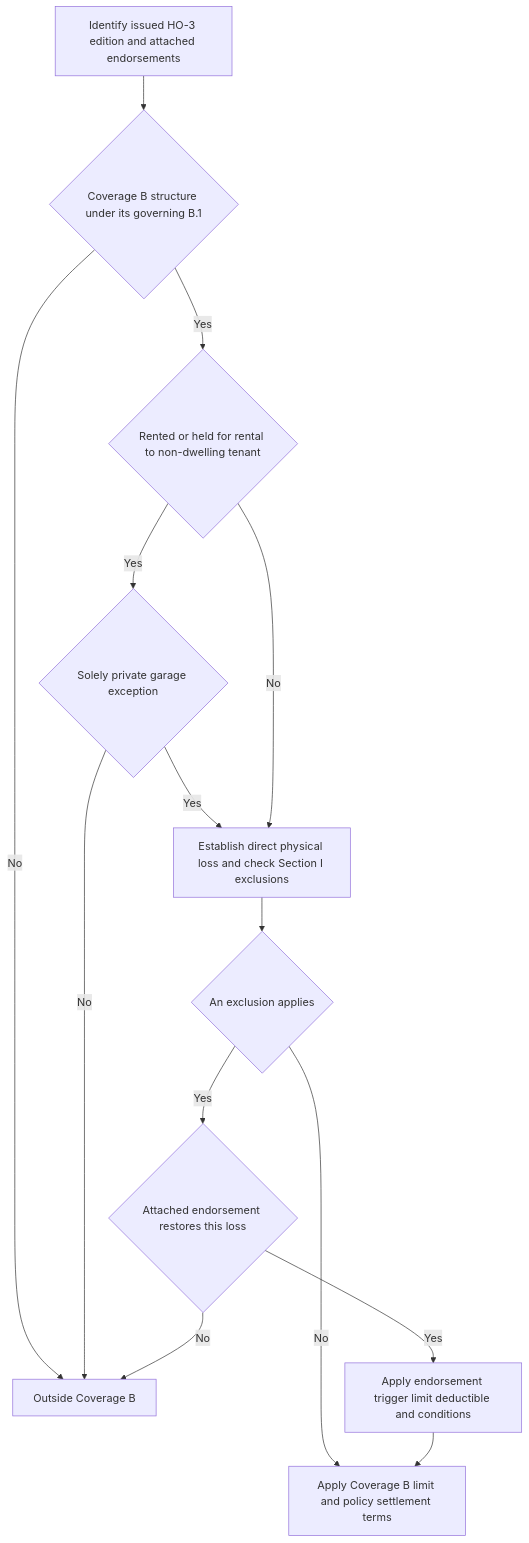
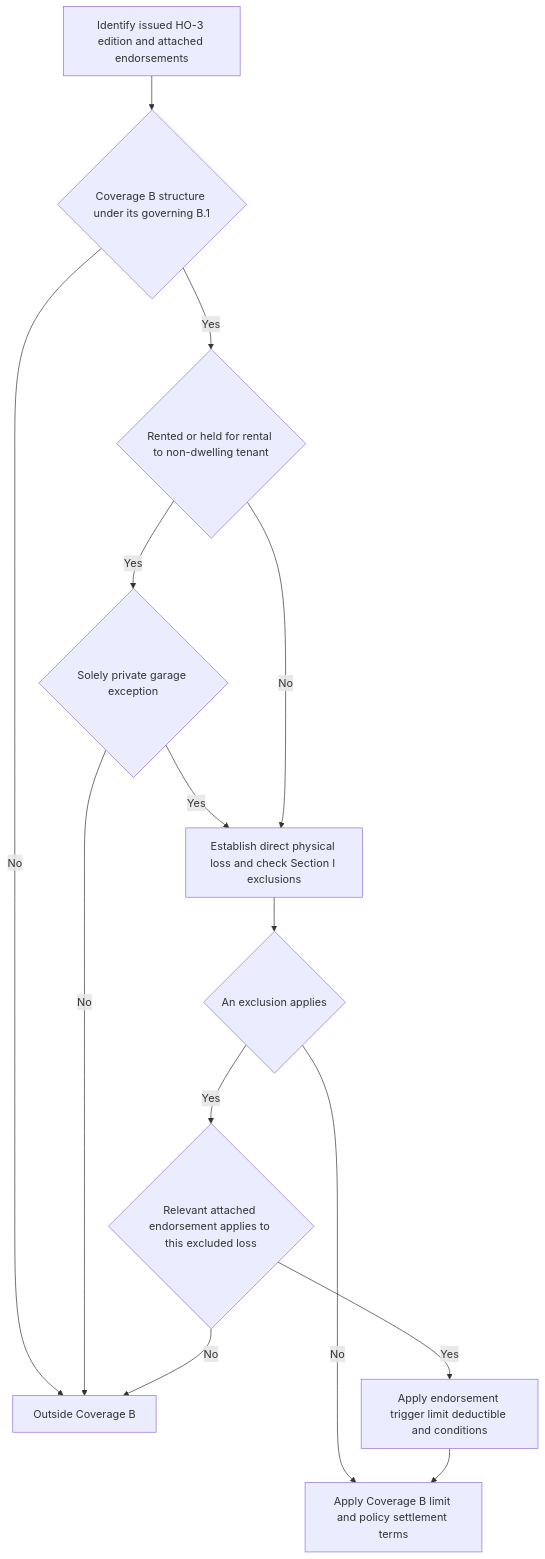
One commit to eugeneliu-86/openwiki-insurance-corpus changed the diagram in openwiki/coverage/coverage-b/other-structures.md. Above: the diagram before and after it, drawn with Mermaid. The commit also changed other lines of this file and 47 other files, not shown here.

````diff
--- a/openwiki/coverage/coverage-b/other-structures.md
+++ b/openwiki/coverage/coverage-b/other-structures.md
@@ -75,16 +77,16 @@
 ```mermaid
 flowchart TD
     Start["Identify issued HO-3 edition and attached endorsements"] --> Structure{"Coverage B structure under its governing B.1"}
     Structure -- No --> Outside["Outside Coverage B"]
     Structure -- Yes --> Rental{"Rented or held for rental to non-dwelling tenant"}
     Rental -- Yes --> Garage{"Solely private garage exception"}
     Garage -- No --> Outside
     Garage -- Yes --> Loss
     Rental -- No --> Loss["Establish direct physical loss and check Section I exclusions"]
     Loss --> Excluded{"An exclusion applies"}
     Excluded -- No --> Limit["Apply Coverage B limit and policy settlement terms"]
-    Excluded -- Yes --> Endorsement{"Attached endorsement restores this loss"}
+    Excluded -- Yes --> Endorsement{"Relevant attached endorsement applies to this excluded loss"}
     Endorsement -- No --> Outside
     Endorsement -- Yes --> Terms["Apply endorsement trigger limit deductible and conditions"]
     Terms --> Limit
 ```
````
